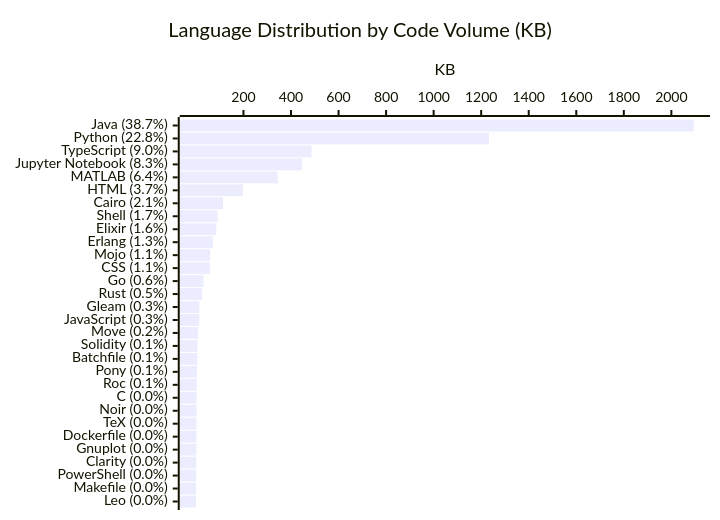
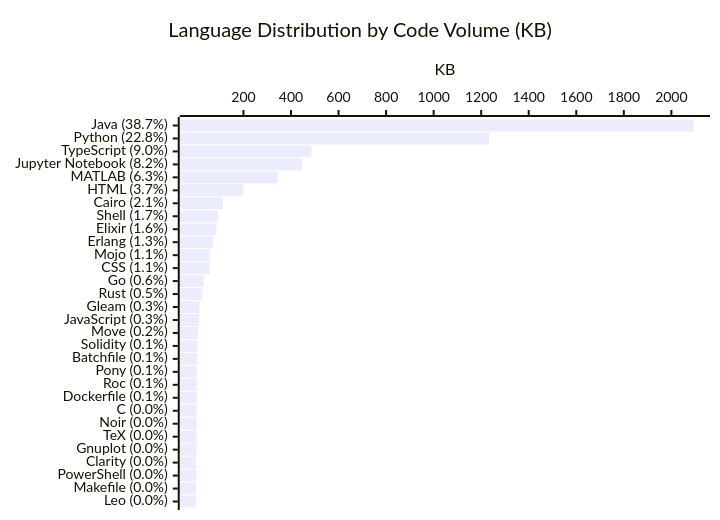
The diagram in profile/README.md (KathiraveluLab/.github), drawn with Mermaid before and after one commit. The commit also changed other lines of this file and 1 other file, not shown here.

````diff
--- a/profile/README.md
+++ b/profile/README.md
@@ -64,7 +64,7 @@
 ```mermaid
 xychart-beta horizontal
     title "Language Distribution by Code Volume (KB)"
-    x-axis ["Java (38.7%)", "Python (22.8%)", "TypeScript (9.0%)", "Jupyter Notebook (8.3%)", "MATLAB (6.4%)", "HTML (3.7%)", "Cairo (2.1%)", "Shell (1.7%)", "Elixir (1.6%)", "Erlang (1.3%)", "Mojo (1.1%)", "CSS (1.1%)", "Go (0.6%)", "Rust (0.5%)", "Gleam (0.3%)", "JavaScript (0.3%)", "Move (0.2%)", "Solidity (0.1%)", "Batchfile (0.1%)", "Pony (0.1%)", "Roc (0.1%)", "C (0.0%)", "Noir (0.0%)", "TeX (0.0%)", "Dockerfile (0.0%)", "Gnuplot (0.0%)", "Clarity (0.0%)", "PowerShell (0.0%)", "Makefile (0.0%)", "Leo (0.0%)"]
+    x-axis ["Java (38.7%)", "Python (22.8%)", "TypeScript (9.0%)", "Jupyter Notebook (8.2%)", "MATLAB (6.3%)", "HTML (3.7%)", "Cairo (2.1%)", "Shell (1.7%)", "Elixir (1.6%)", "Erlang (1.3%)", "Mojo (1.1%)", "CSS (1.1%)", "Go (0.6%)", "Rust (0.5%)", "Gleam (0.3%)", "JavaScript (0.3%)", "Move (0.2%)", "Solidity (0.1%)", "Batchfile (0.1%)", "Pony (0.1%)", "Roc (0.1%)", "Dockerfile (0.1%)", "C (0.0%)", "Noir (0.0%)", "TeX (0.0%)", "Gnuplot (0.0%)", "Clarity (0.0%)", "PowerShell (0.0%)", "Makefile (0.0%)", "Leo (0.0%)"]
     y-axis "KB"
-    bar [2094.22, 1232.67, 486.14, 446.9, 343.93, 197.81, 113.7, 91.51, 85.96, 71.37, 59.44, 58.73, 32.03, 26.08, 14.6, 13.89, 8.83, 6.65, 6.48, 4.14, 4.09, 2.58, 2.46, 2.29, 2.09, 1.82, 1.53, 1.02, 0.99, 0.27]
+    bar [2094.22, 1232.67, 486.14, 446.9, 343.93, 197.81, 113.7, 92.94, 85.96, 71.37, 59.44, 58.73, 32.03, 26.08, 14.6, 13.89, 8.83, 6.65, 6.48, 4.14, 4.09, 3.9, 2.58, 2.46, 2.29, 1.82, 1.53, 1.02, 0.99, 0.27]
 ```
````
